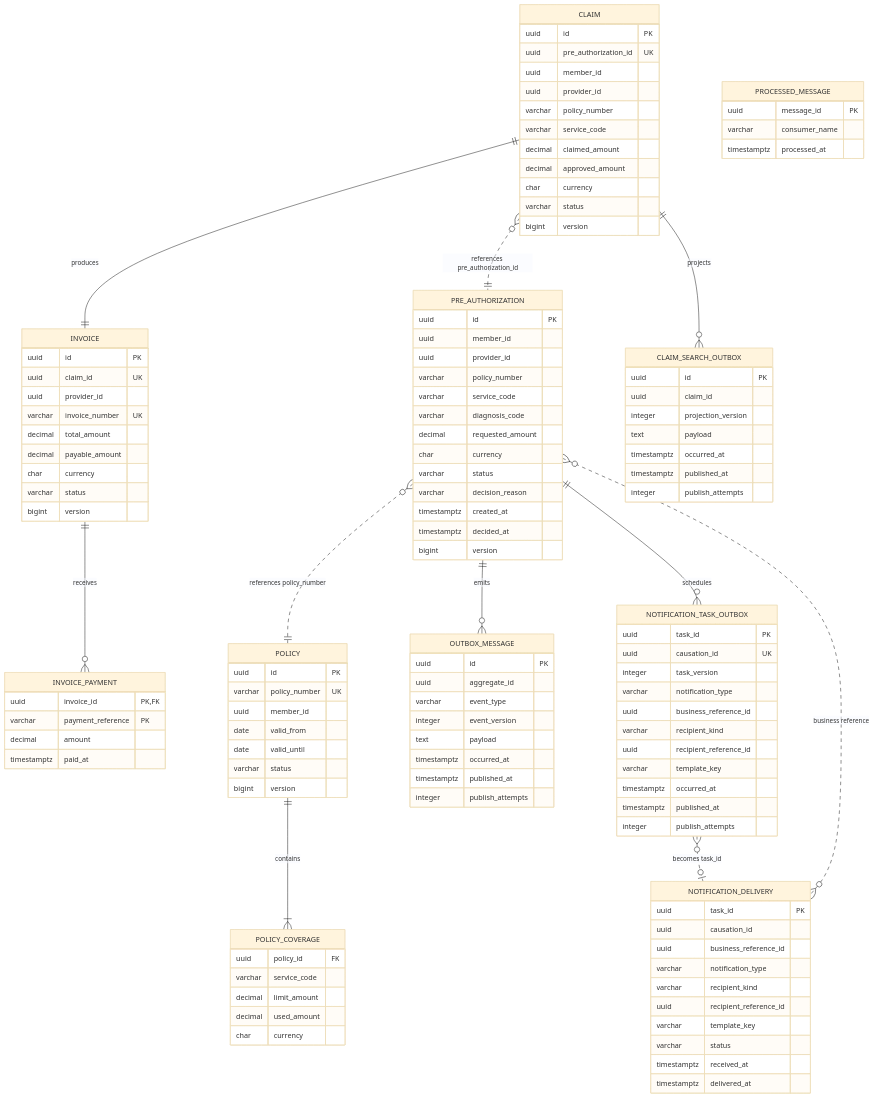
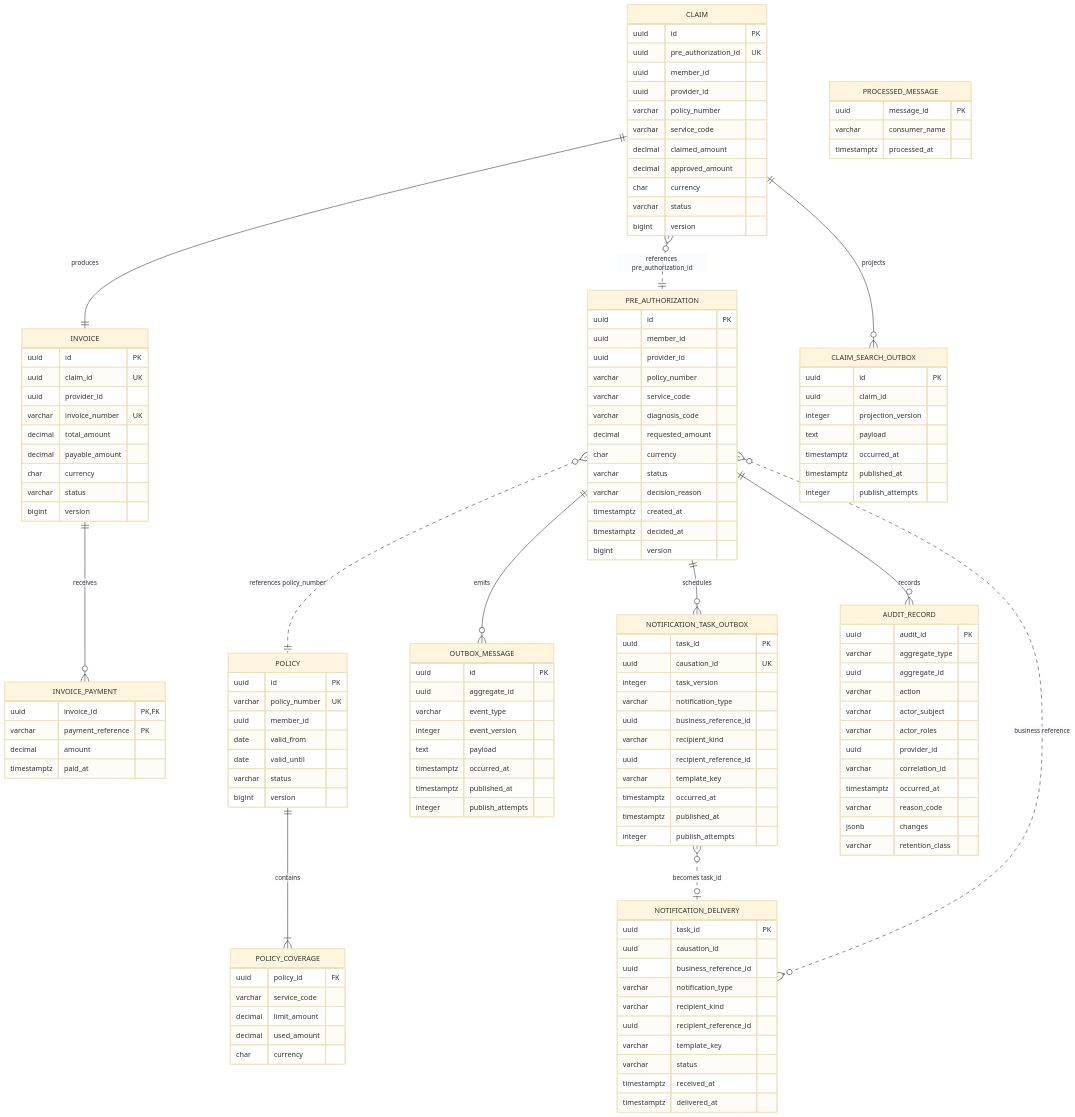
One commit to aydindemir1/health-insurance-platform changed the diagram in docs/architecture/data-model.md. Above: the diagram before and after it, drawn with Mermaid (base theme). The commit also changed other lines of this file and 4 other files, not shown here.

Commit message:
docs: explain authorization audit evidence

```diff
--- a/docs/architecture/data-model.md
+++ b/docs/architecture/data-model.md
@@ -13,6 +13,7 @@
     CLAIM ||--o{ CLAIM_SEARCH_OUTBOX : projects
     PRE_AUTHORIZATION ||--o{ OUTBOX_MESSAGE : emits
     PRE_AUTHORIZATION ||--o{ NOTIFICATION_TASK_OUTBOX : schedules
+    PRE_AUTHORIZATION ||--o{ AUDIT_RECORD : records
     NOTIFICATION_TASK_OUTBOX }o..o| NOTIFICATION_DELIVERY : "becomes task_id"
     PRE_AUTHORIZATION }o..o{ NOTIFICATION_DELIVERY : "business reference"
 
@@ -100,6 +101,20 @@
         timestamptz published_at
         integer publish_attempts
     }
+    AUDIT_RECORD {
+        uuid audit_id PK
+        varchar aggregate_type
+        uuid aggregate_id
+        varchar action
+        varchar actor_subject
+        varchar actor_roles
+        uuid provider_id
+        varchar correlation_id
+        timestamptz occurred_at
+        varchar reason_code
+        jsonb changes
+        varchar retention_class
+    }
     PROCESSED_MESSAGE {
         uuid message_id PK
         varchar consumer_name
```
